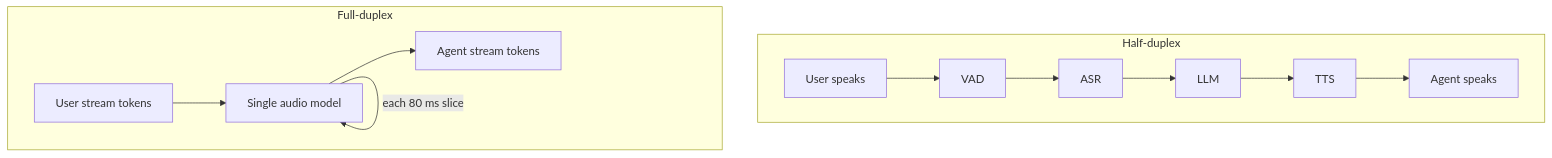
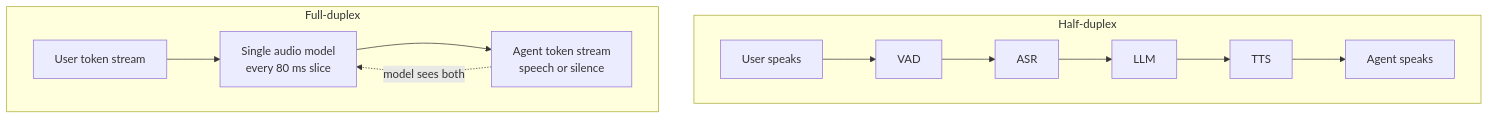
Before and after one commit to kaisarnajar/outcome-school-blogs: the diagram in notes/step-16-ai-infrastructure-deployment-and-system-design/199-half-duplex-vs-full-duplex-voice-agents.md, drawn with Mermaid. The commit also changed other lines of this file and 233 other files, not shown here.

````diff
--- a/notes/step-16-ai-infrastructure-deployment-and-system-design/199-half-duplex-vs-full-duplex-voice-agents.md
+++ b/notes/step-16-ai-infrastructure-deployment-and-system-design/199-half-duplex-vs-full-duplex-voice-agents.md
@@ -48,11 +62,11 @@
 ```mermaid
 flowchart TD
-    subgraph HD["Half-duplex"]
-        A["User speaks"] --> B["VAD"] --> C["ASR"] --> D["LLM"] --> E["TTS"] --> F["Agent speaks"]
-    end
-    subgraph FD["Full-duplex"]
-        G["User stream tokens"] --> H["Single audio model"]
-        H --> I["Agent stream tokens"]
-        H -->|"each 80 ms slice"| H
-    end
+subgraph H1["Half-duplex"]
+h1["User speaks"] --> h2["VAD"] --> h3["ASR"] --> h4["LLM"] --> h5["TTS"] --> h6["Agent speaks"]
+end
+subgraph F1["Full-duplex"]
+f1["User token stream"] --> f3["Single audio model<br/>every 80 ms slice"]
+f3 --> f2["Agent token stream<br/>speech or silence"]
+f2 -.->|"model sees both"| f3
+end
 ```
````
